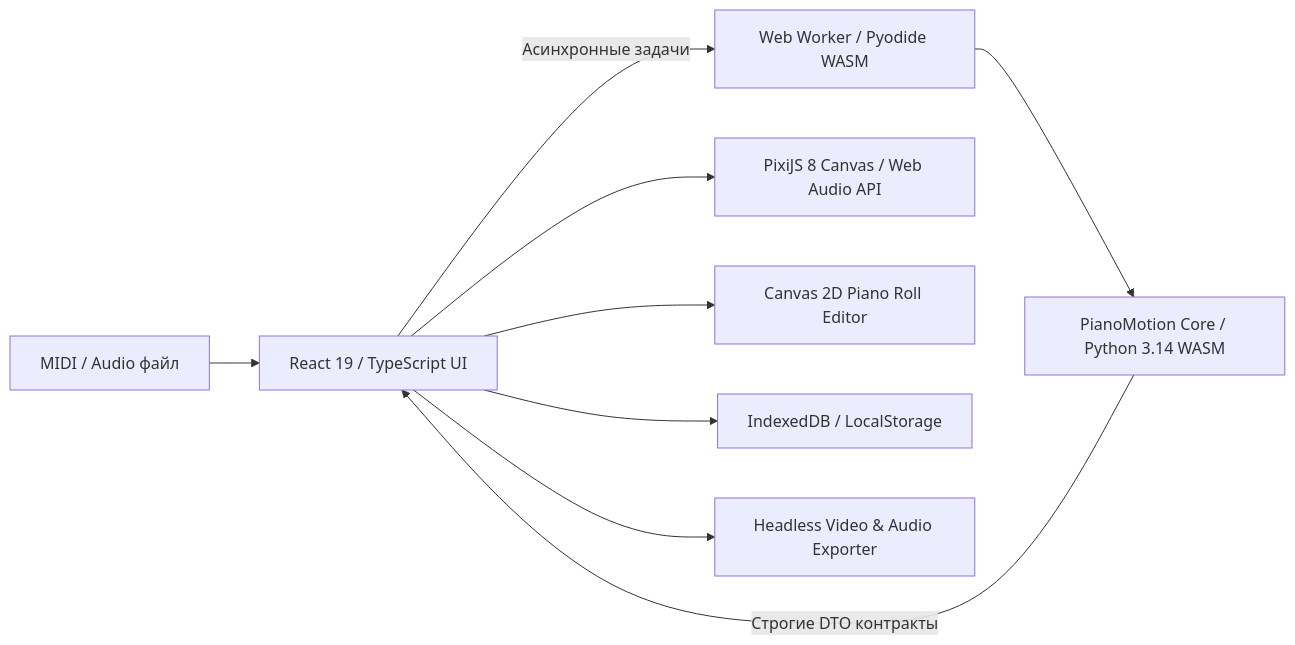
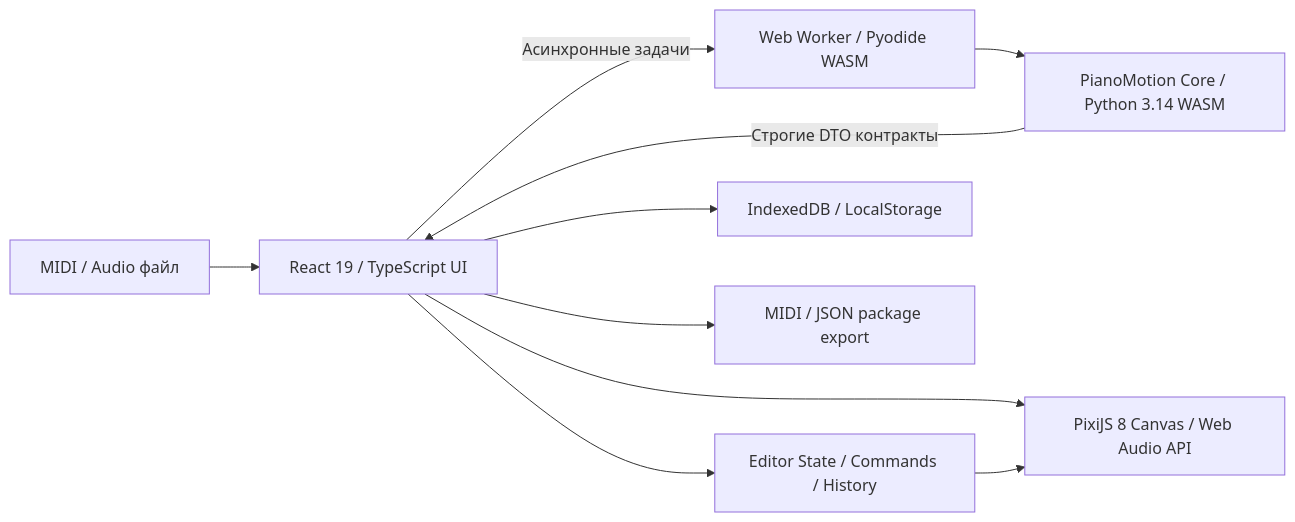
Before and after one commit to shafranek-js/pianomotion-studio: the diagram in README.md, drawn with Mermaid. The commit also changed other lines of this file and 208 other files, not shown here.

````diff
--- a/README.md
+++ b/README.md
@@ -61,11 +78,12 @@
 ```mermaid
 flowchart LR
   MIDI[MIDI / Audio файл] --> Client[React 19 / TypeScript UI]
   Client -->|Асинхронные задачи| Worker[Web Worker / Pyodide WASM]
   Worker --> Core[PianoMotion Core / Python 3.14 WASM]
   Core -->|Строгие DTO контракты| Client
   Client --> Render[PixiJS 8 Canvas / Web Audio API]
-  Client --> Editor[Canvas 2D Piano Roll Editor]
+  Client --> Editor[Editor State / Commands / History]
+  Editor --> Render
   Client --> Storage[IndexedDB / LocalStorage]
-  Client --> Export[Headless Video & Audio Exporter]
+  Client --> Export[MIDI / JSON package export]
 ```
````
